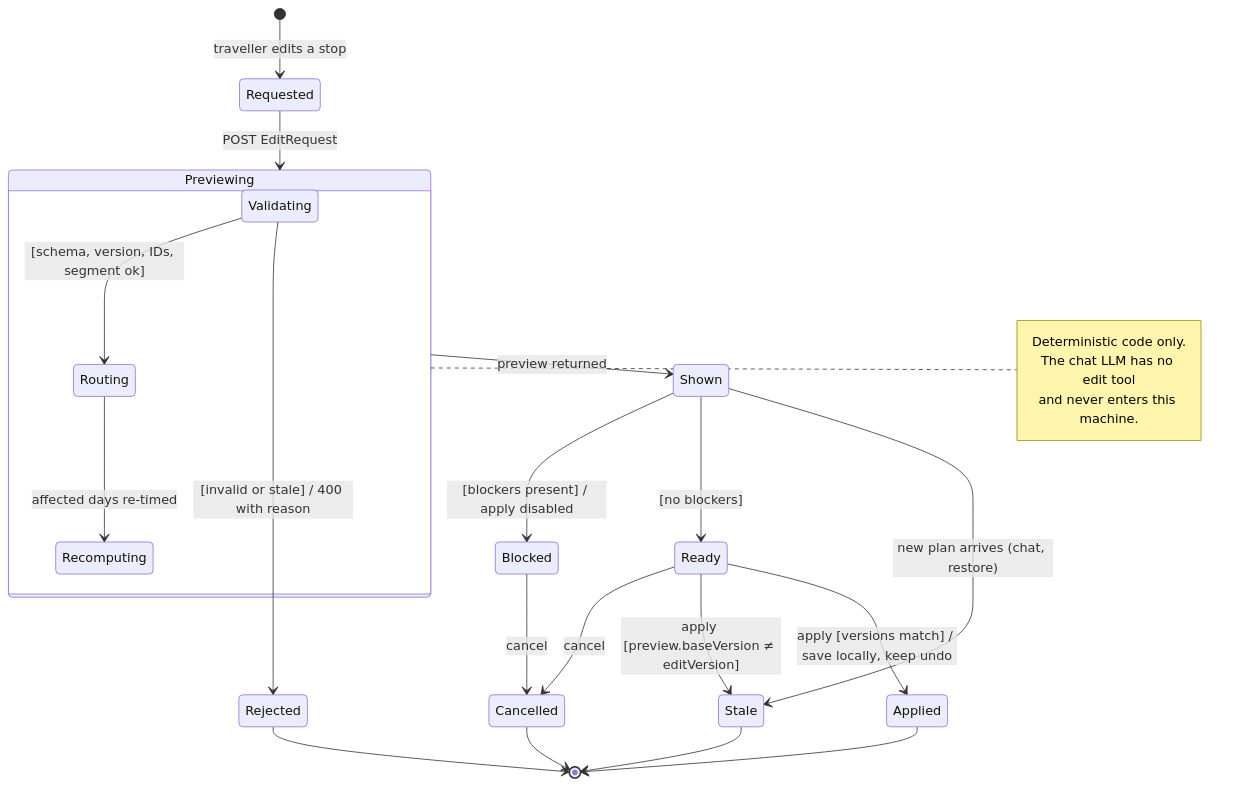
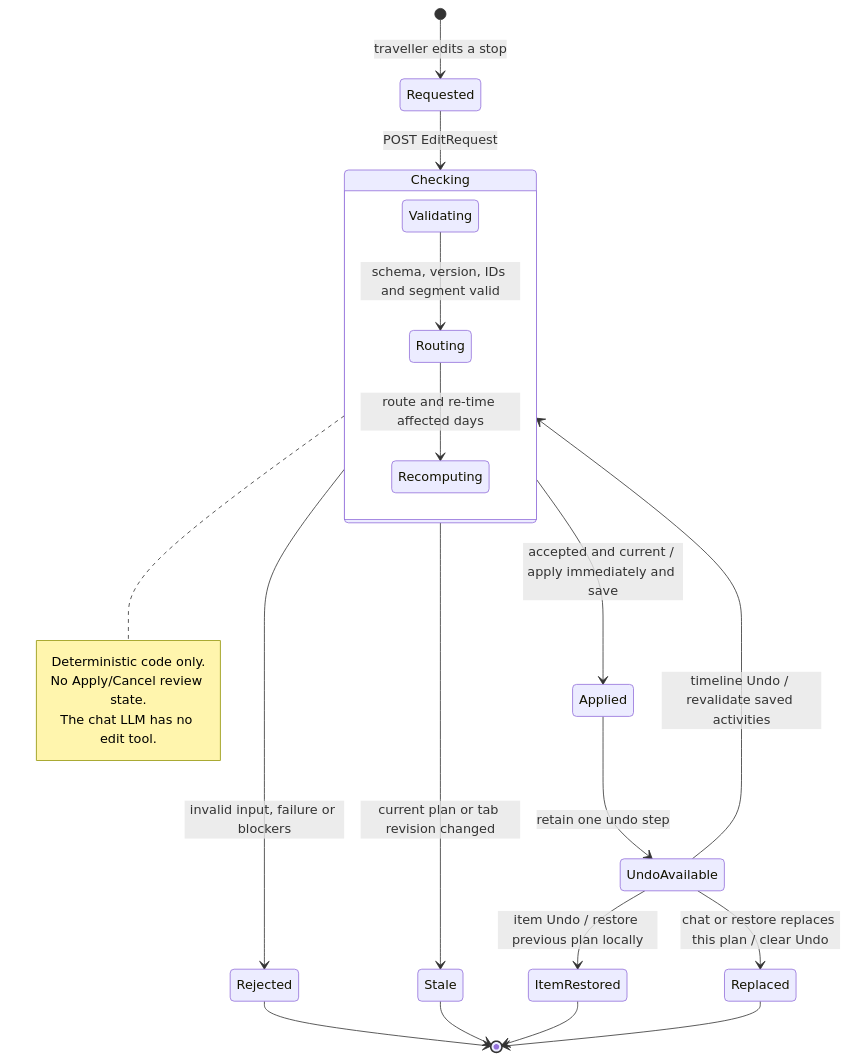
One commit to Lilstanie/AI_TRIP_PLANNER changed the third of 3 diagrams in docs/design/stage1/04-member-e-behaviour.md. Above: the diagram before and after it, drawn with Mermaid. The commit also changed other lines of this file and 4 other files, not shown here.

````diff
--- a/docs/design/stage1/04-member-e-behaviour.md
+++ b/docs/design/stage1/04-member-e-behaviour.md
@@ -124,28 +129,26 @@
 ```mermaid
 stateDiagram-v2
   [*] --> Requested : traveller edits a stop
-  Requested --> Previewing : POST EditRequest
-  state Previewing {
-    Validating --> Routing : [schema, version, IDs, segment ok]
-    Routing --> Recomputing : affected days re-timed
+  Requested --> Checking : POST EditRequest
+  state Checking {
+    Validating --> Routing : schema, version, IDs and segment valid
+    Routing --> Recomputing : route and re-time affected days
   }
-  Validating --> Rejected : [invalid or stale] / 400 with reason
-  Previewing --> Shown : preview returned
-  Shown --> Blocked : [blockers present] / apply disabled
-  Shown --> Ready : [no blockers]
-  Blocked --> Cancelled : cancel
-  Ready --> Cancelled : cancel
-  Ready --> Stale : apply [preview.baseVersion ≠ editVersion]
-  Ready --> Applied : apply [versions match] / save locally, keep undo
-  Shown --> Stale : new plan arrives (chat, restore)
+  Checking --> Rejected : invalid input, failure or blockers
+  Checking --> Stale : current plan or tab revision changed
+  Checking --> Applied : accepted and current / apply immediately and save
+  Applied --> UndoAvailable : retain one undo step
+  UndoAvailable --> ItemRestored : item Undo / restore previous plan locally
+  UndoAvailable --> Checking : timeline Undo / revalidate saved activities
+  UndoAvailable --> Replaced : chat or restore replaces this plan / clear Undo
   Rejected --> [*]
-  Cancelled --> [*]
   Stale --> [*]
-  Applied --> [*]
+  ItemRestored --> [*]
+  Replaced --> [*]
 
-  note right of Previewing
+  note right of Checking
     Deterministic code only.
-    The chat LLM has no edit tool
-    and never enters this machine.
+    No Apply/Cancel review state.
+    The chat LLM has no edit tool.
   end note
 ```
````
